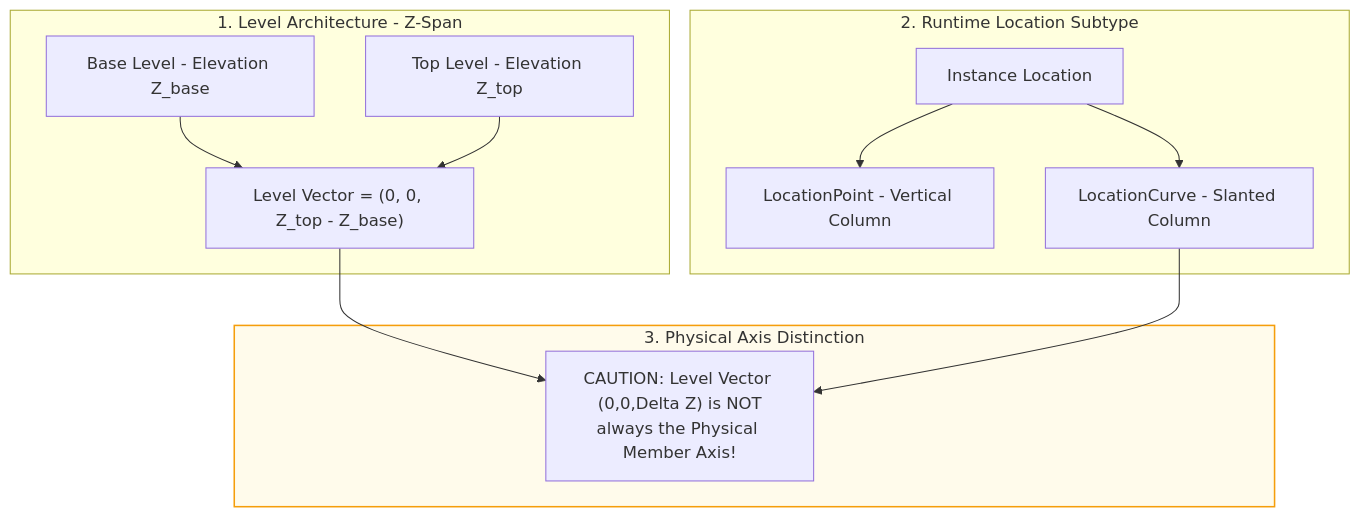
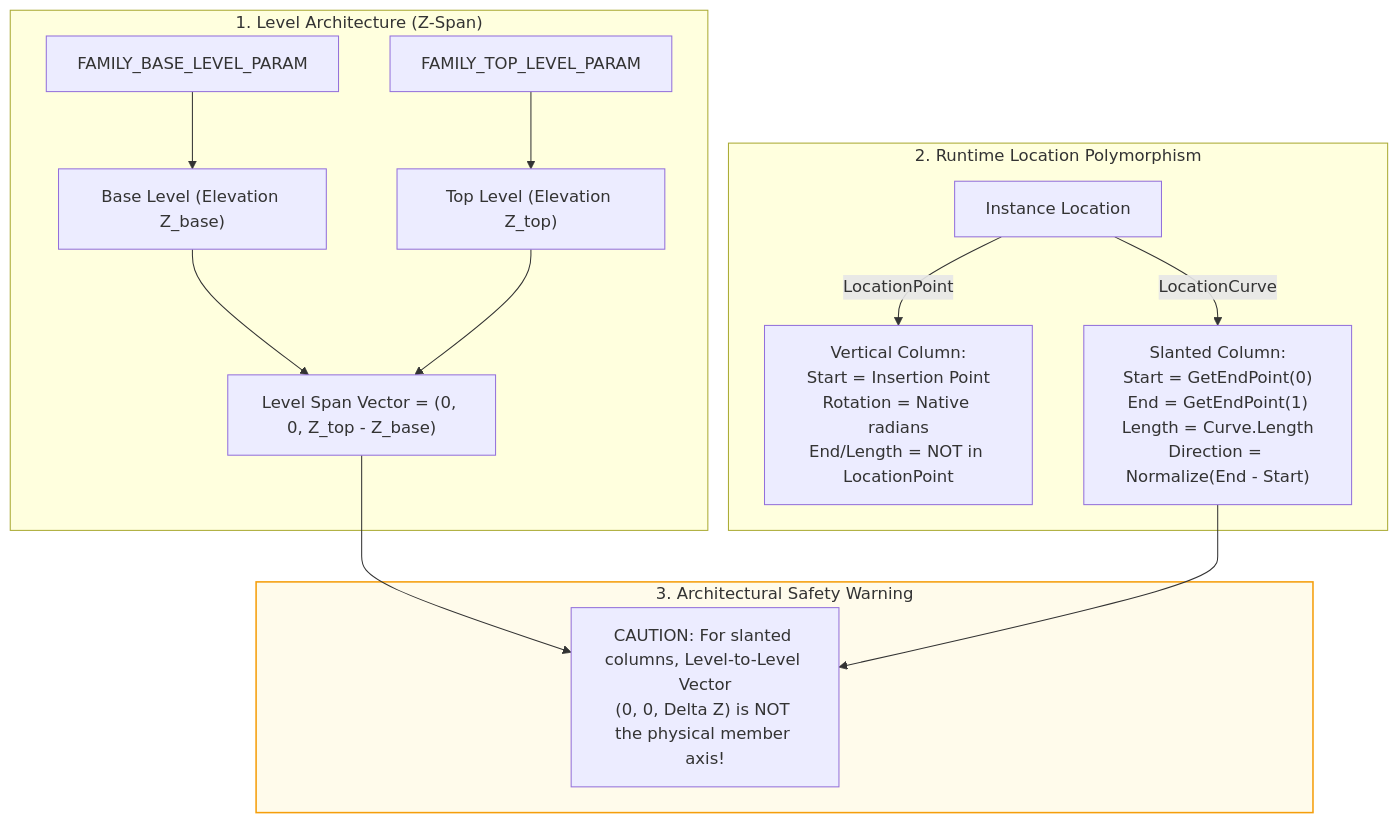
One commit to Mustafa-TOMMY/CommandSamplesRevitApiVer2025 changed diagram 18 of 21 in RevitApiSamples/Samples/TransformModule/TransformModule.md. Above: the diagram before and after it, drawn with Mermaid. The commit also changed other lines of this file, not shown here.

Commit message:
Update mermaid file

````diff
--- a/RevitApiSamples/Samples/TransformModule/TransformModule.md
+++ b/RevitApiSamples/Samples/TransformModule/TransformModule.md
@@ -586,20 +731,21 @@
 ```mermaid
 flowchart TD
-    subgraph LevelData["1. Level Architecture - Z-Span"]
-        BL["Base Level - Elevation Z_base"]
-        TL["Top Level - Elevation Z_top"]
-        LV["Level Vector = (0, 0, Z_top - Z_base)"]
-        BL & TL --> LV
+    subgraph LevelData["1. Level Architecture (Z-Span)"]
+        P_BASE["FAMILY_BASE_LEVEL_PARAM"] --> L_BASE["Base Level (Elevation Z_base)"]
+        P_TOP["FAMILY_TOP_LEVEL_PARAM"] --> L_TOP["Top Level (Elevation Z_top)"]
+        L_BASE --> LV["Level Span Vector = (0, 0, Z_top - Z_base)"]
+        L_TOP --> LV
     end
 
-    subgraph RuntimeLoc["2. Runtime Location Subtype"]
-        LOC["Instance Location"] --> LP["LocationPoint - Vertical Column"]
-        LOC --> LC["LocationCurve - Slanted Column"]
+    subgraph RuntimeLoc["2. Runtime Location Polymorphism"]
+        LOC["Instance Location"] -->|LocationPoint| LP_BR["Vertical Column:<br/>Start = Insertion Point<br/>Rotation = Native radians<br/>End/Length = NOT in LocationPoint"]
+        LOC -->|LocationCurve| LC_BR["Slanted Column:<br/>Start = GetEndPoint(0)<br/>End = GetEndPoint(1)<br/>Length = Curve.Length<br/>Direction = Normalize(End - Start)"]
     end
 
-    subgraph Warning["3. Physical Axis Distinction"]
-        LV & LC --> CAUTION["CAUTION: Level Vector (0,0,Delta Z) is NOT<br/>always the Physical Member Axis!"]
+    subgraph Caution["3. Architectural Safety Warning"]
+        LV --> WARN["CAUTION: For slanted columns, Level-to-Level Vector<br/>(0, 0, Delta Z) is NOT the physical member axis!"]
+        LC_BR --> WARN
     end
 
-    style Warning fill:#fffbeb,stroke:#f59e0b,stroke-width:1.5px
+    style Caution fill:#fffbeb,stroke:#f59e0b,stroke-width:1.5px
 ```
````
